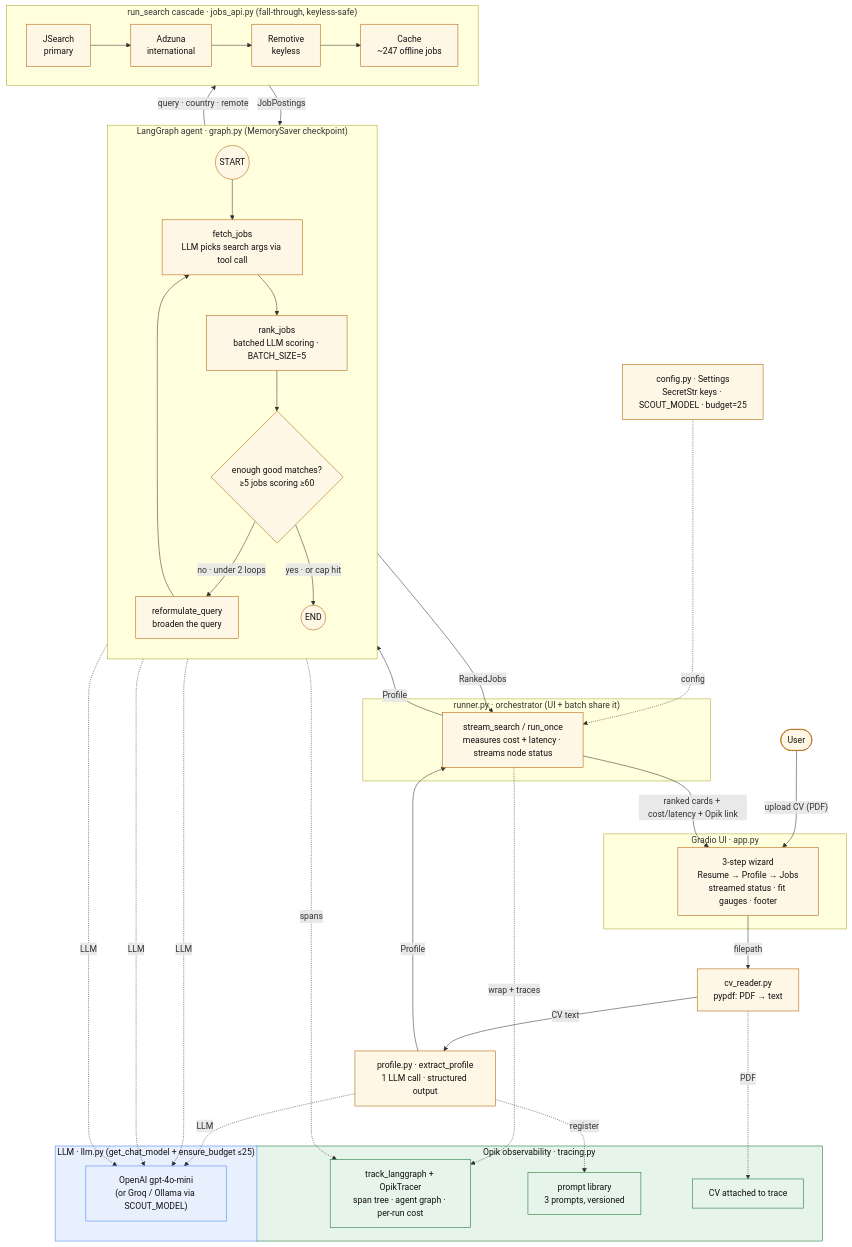
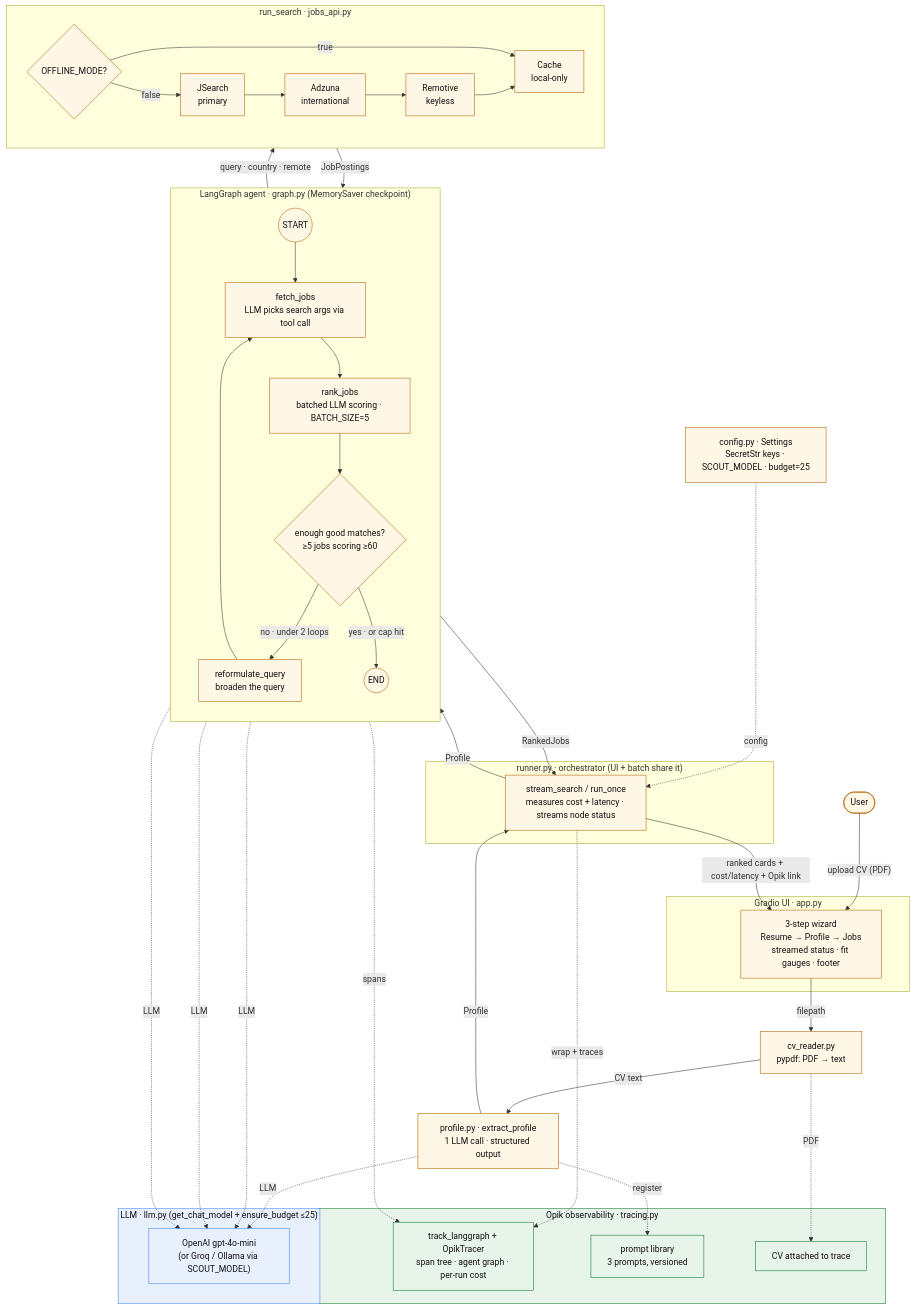
One commit to exitLQ/the-agent-that-got-me-rejected changed the diagram in docs/architecture.md. Above: the diagram before and after it, drawn with Mermaid. The commit also changed other lines of this file and 9 other files, not shown here.

Commit message:
feat: add strict offline mode

````diff
--- a/docs/architecture.md
+++ b/docs/architecture.md
@@ -11,65 +11,67 @@
 ```mermaid
 flowchart TB
   U(["User"]) -->|"upload CV (PDF)"| UI
 
   subgraph UI_L["Gradio UI · app.py"]
     UI["3-step wizard<br/>Resume → Profile → Jobs<br/>streamed status · fit gauges · footer"]
   end
 
   UI -->|"filepath"| CVR["cv_reader.py<br/>pypdf: PDF → text"]
   CVR -->|"CV text"| EP["profile.py · extract_profile<br/>1 LLM call · structured output"]
   EP -->|"Profile"| RUN
 
   subgraph ORCH["runner.py · orchestrator (UI + batch share it)"]
     RUN["stream_search / run_once<br/>measures cost + latency · streams node status"]
   end
 
   RUN -->|"Profile"| G
 
   subgraph G["LangGraph agent · graph.py (MemorySaver checkpoint)"]
     direction TB
     S((START)) --> FJ
     FJ["fetch_jobs<br/>LLM picks search args via tool call"] --> RJ
     RJ["rank_jobs<br/>batched LLM scoring · BATCH_SIZE=5"] --> D{"enough good matches?<br/>≥5 jobs scoring ≥60"}
     D -->|"no · under 2 loops"| RQ["reformulate_query<br/>broaden the query"]
     RQ --> FJ
     D -->|"yes · or cap hit"| E((END))
   end
 
   FJ -->|"query · country · remote"| SRCH
-  subgraph SRCH["run_search cascade · jobs_api.py (fall-through, keyless-safe)"]
+  subgraph SRCH["run_search · jobs_api.py"]
     direction LR
-    JS["JSearch<br/>primary"] --> AZ["Adzuna<br/>international"] --> RM["Remotive<br/>keyless"] --> CA["Cache<br/>~247 offline jobs"]
+    MODE{"OFFLINE_MODE?"} -->|"true"| CA["Cache<br/>local-only"]
+    MODE -->|"false"| JS["JSearch<br/>primary"]
+    JS --> AZ["Adzuna<br/>international"] --> RM["Remotive<br/>keyless"] --> CA
   end
   SRCH -->|"JobPostings"| RJ
 
   E -->|"RankedJobs"| RUN
   RUN -->|"ranked cards + cost/latency + Opik link"| UI
 
   subgraph LLM_L["LLM · llm.py (get_chat_model + ensure_budget ≤25)"]
     OA["OpenAI gpt-4o-mini<br/>(or Groq / Ollama via SCOUT_MODEL)"]
   end
   EP -. "LLM" .-> OA
   FJ -. "LLM" .-> OA
   RJ -. "LLM" .-> OA
   RQ -. "LLM" .-> OA
 
   subgraph OBS["Opik observability · tracing.py"]
     TR["track_langgraph + OpikTracer<br/>span tree · agent graph · per-run cost"]
     PL["prompt library<br/>3 prompts, versioned"]
     AT["CV attached to trace"]
   end
   RUN -. "wrap + traces" .-> TR
   G -. "spans" .-> TR
   EP -. "register" .-> PL
   CVR -. "PDF" .-> AT
 
   CFG["config.py · Settings<br/>SecretStr keys · SCOUT_MODEL · budget=25"] -. "config" .-> RUN
 
   classDef llm fill:#e8f0fe,stroke:#4285f4,color:#111;
   classDef obs fill:#e6f4ea,stroke:#137333,color:#111;
   classDef node fill:#fff7e6,stroke:#b06000,color:#111;
   class OA,LLM_L llm;
   class TR,PL,AT,OBS obs;
   class FJ,RJ,RQ node;
 ```
````
